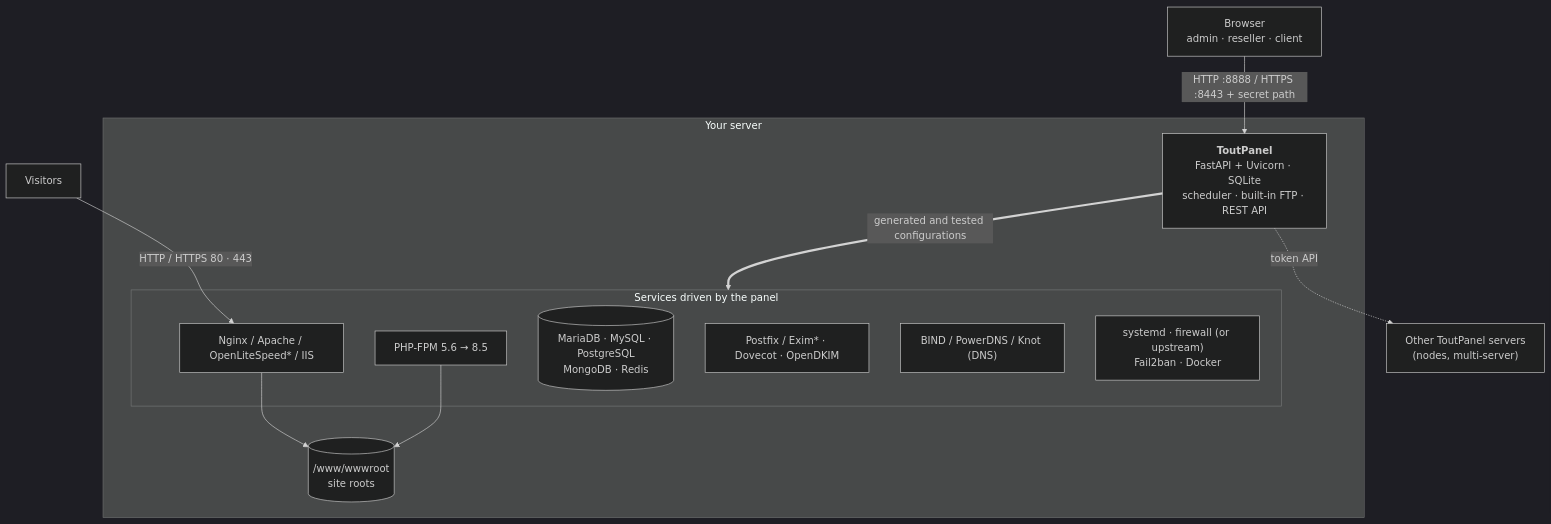
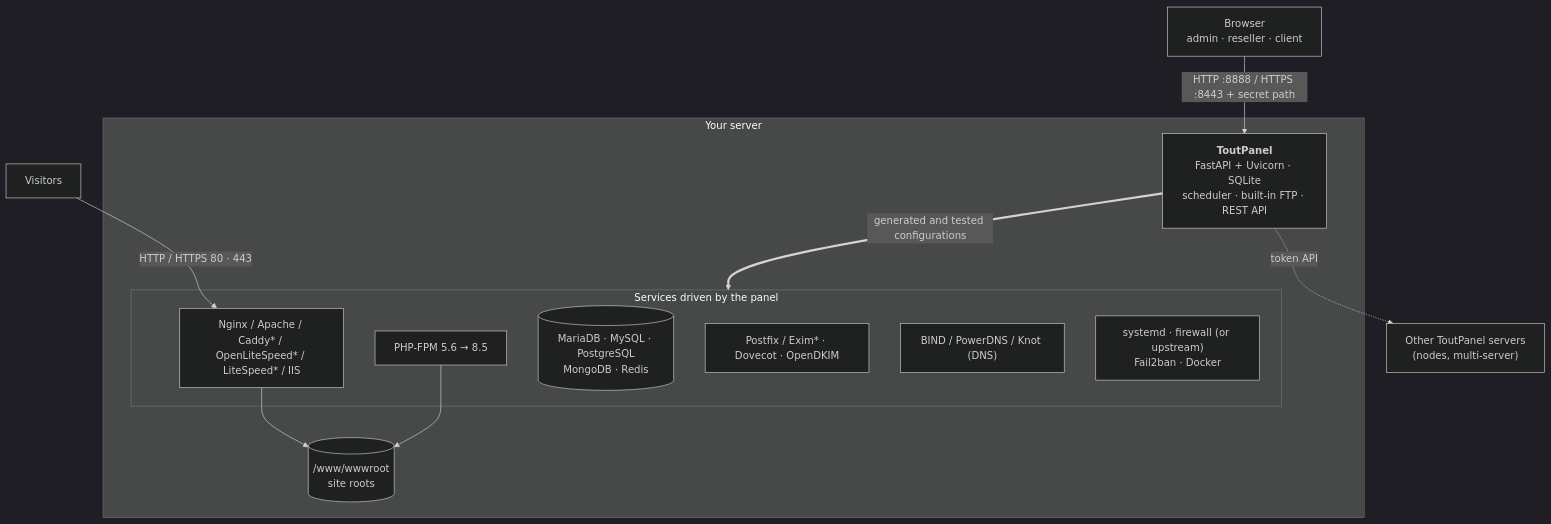
The diagram in README.en.md (qu3ntin01/toutpanel), drawn with Mermaid (dark theme) before and after one commit. The commit also changed other lines of this file and 229 other files, not shown here.

````diff
--- a/README.en.md
+++ b/README.en.md
@@ -284,21 +556,21 @@
 ```mermaid
 flowchart TB
     U["Browser<br/>admin · reseller · client"] -->|"HTTP :8888 / HTTPS :8443 + secret path"| P
     V["Visitors"] -->|"HTTP / HTTPS 80 · 443"| W
     subgraph S["Your server"]
         P["<b>ToutPanel</b><br/>FastAPI + Uvicorn · SQLite<br/>scheduler · built-in FTP · REST API"]
         subgraph PILE["Services driven by the panel"]
-            W["Nginx / Apache / OpenLiteSpeed* / IIS"]
+            W["Nginx / Apache / Caddy* / OpenLiteSpeed* / LiteSpeed* / IIS"]
             F["PHP-FPM 5.6 → 8.5"]
             D[("MariaDB · MySQL · PostgreSQL<br/>MongoDB · Redis")]
             M["Postfix / Exim* · Dovecot · OpenDKIM"]
             B["BIND / PowerDNS / Knot (DNS)"]
             X["systemd · firewall (or upstream)<br/>Fail2ban · Docker"]
         end
         R[("/www/wwwroot<br/>site roots")]
         P ==>|"generated and tested configurations"| PILE
         W --> R
         F --> R
     end
     P -. "token API" .-> N["Other ToutPanel servers<br/>(nodes, multi-server)"]
 ```
````
